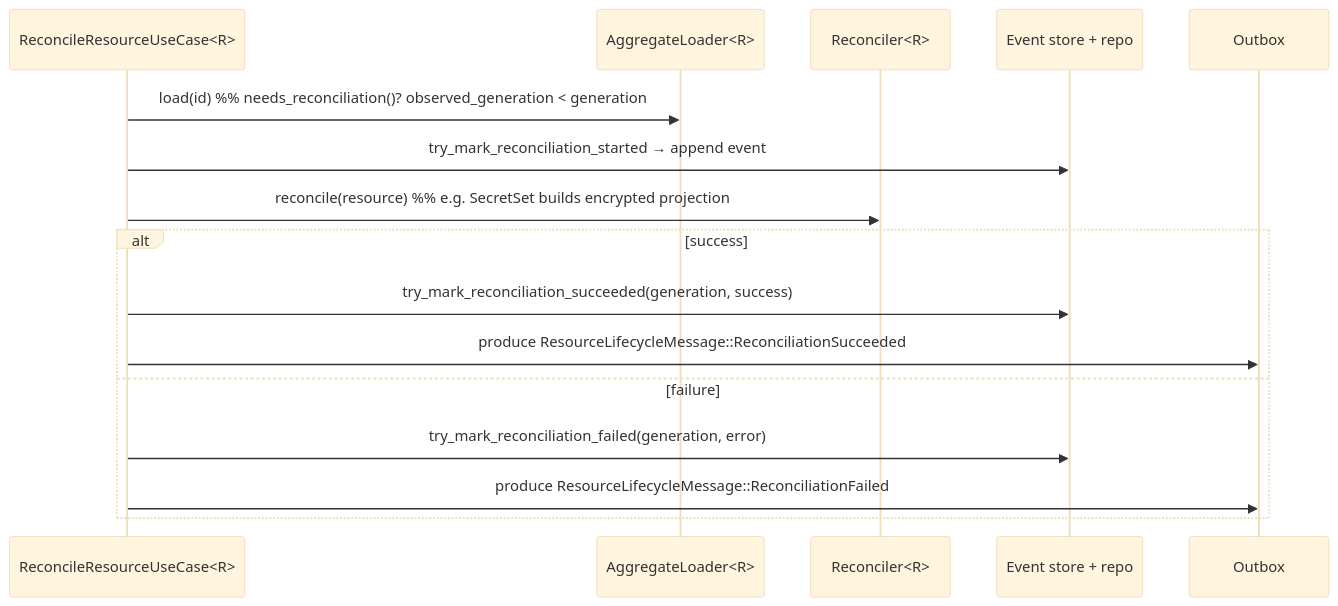
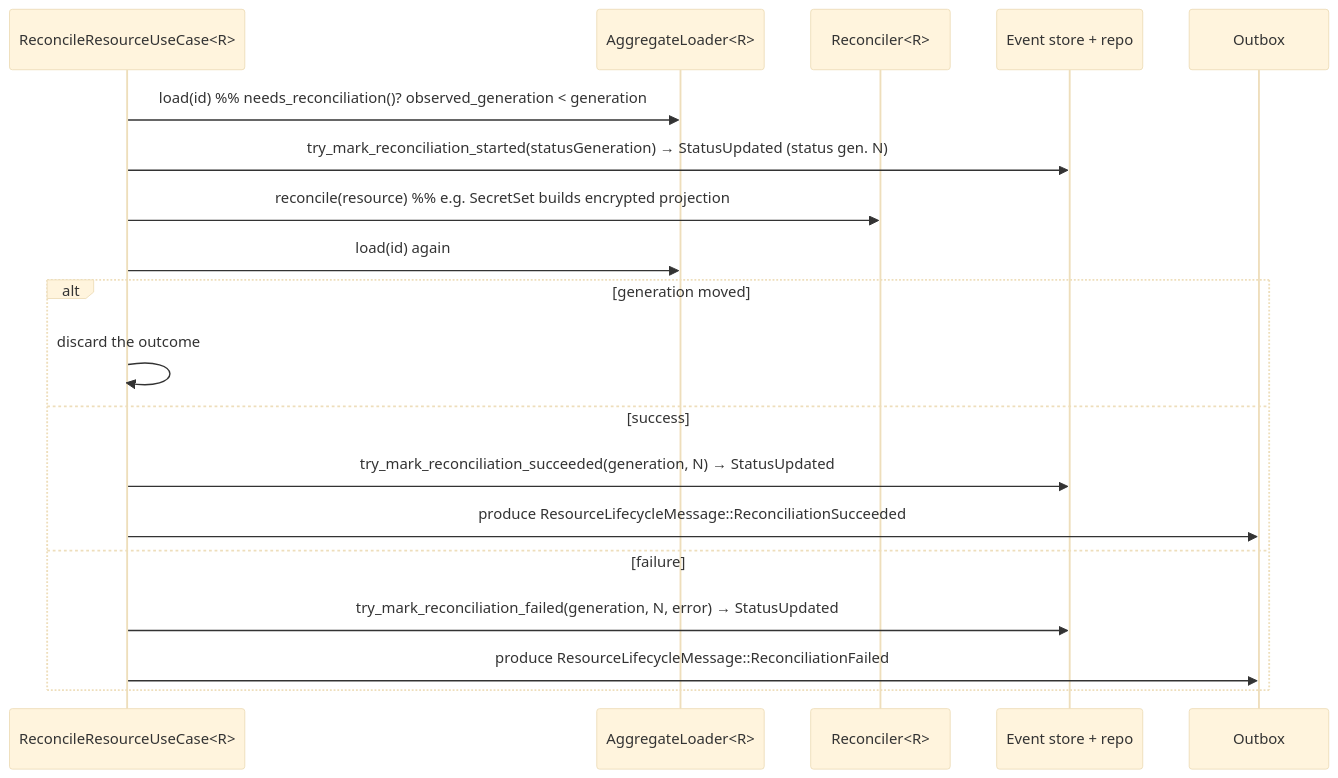
One commit to kamu-data/kamu-cli changed the third of 5 diagrams in docs/internal/resources-framework.md. Above: the diagram before and after it, drawn with Mermaid (base theme). The commit also changed other lines of this file and 13 other files, not shown here.

````diff
--- a/docs/internal/resources-framework.md
+++ b/docs/internal/resources-framework.md
@@ -1231,19 +1260,22 @@
 ```mermaid
 sequenceDiagram
     participant UC as ReconcileResourceUseCase<R>
     participant L as AggregateLoader<R>
     participant Rec as Reconciler<R>
     participant ST as Event store + repo
     participant OB as Outbox
 
     UC->>L: load(id)  %% needs_reconciliation()? observed_generation < generation
-    UC->>ST: try_mark_reconciliation_started → append event
+    UC->>ST: try_mark_reconciliation_started(statusGeneration) → StatusUpdated (status gen. N)
     UC->>Rec: reconcile(resource)  %% e.g. SecretSet builds encrypted projection
-    alt success
-        UC->>ST: try_mark_reconciliation_succeeded(generation, success)
+    UC->>L: load(id) again
+    alt generation moved
+        UC->>UC: discard the outcome
+    else success
+        UC->>ST: try_mark_reconciliation_succeeded(generation, N) → StatusUpdated
         UC->>OB: produce ResourceLifecycleMessage::ReconciliationSucceeded
     else failure
-        UC->>ST: try_mark_reconciliation_failed(generation, error)
+        UC->>ST: try_mark_reconciliation_failed(generation, N, error) → StatusUpdated
         UC->>OB: produce ResourceLifecycleMessage::ReconciliationFailed
     end
 ```
````
